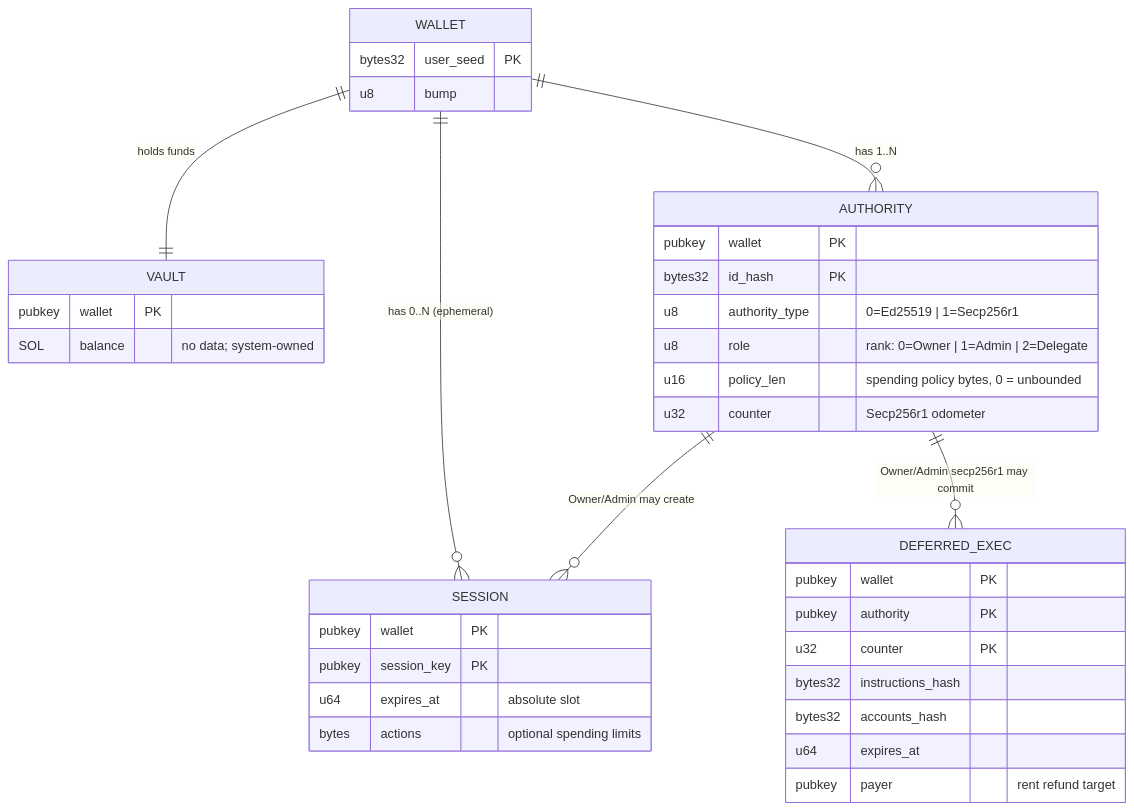
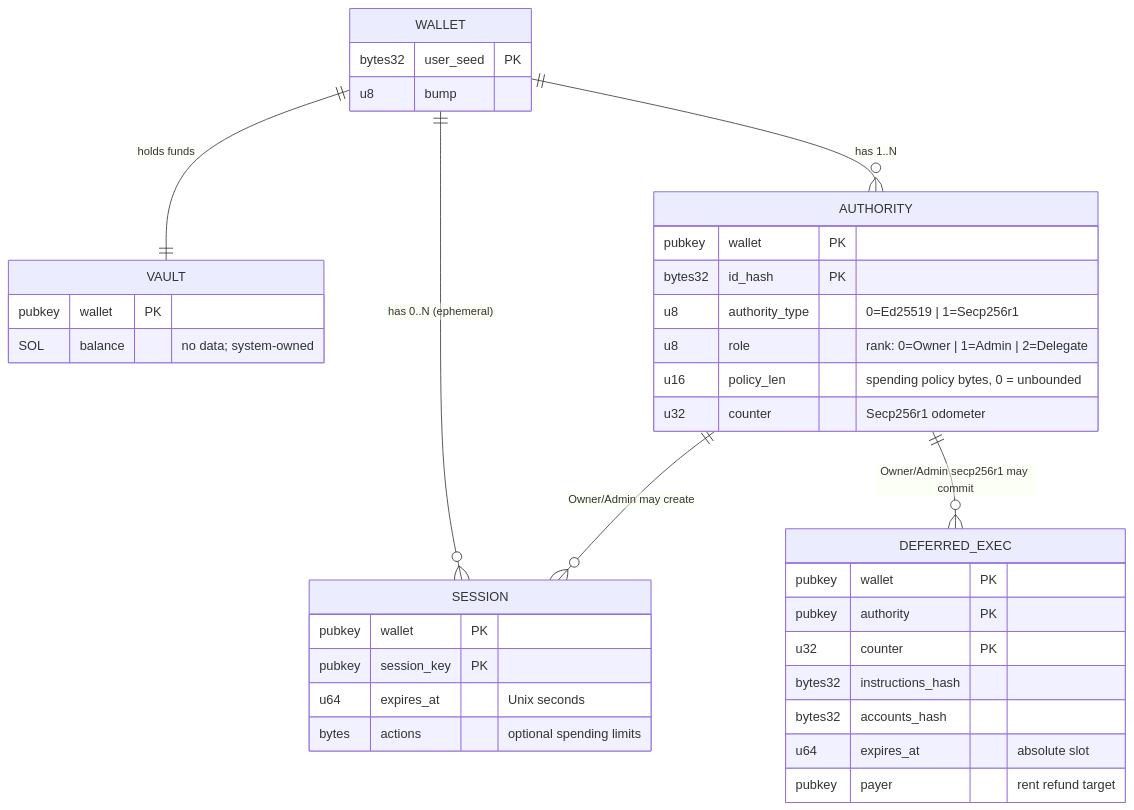
One commit to lazor-kit/lazorkit-protocol changed the second of 6 diagrams in docs/Architecture.md. Above: the diagram before and after it, drawn with Mermaid. The commit also changed other lines of this file and 71 other files, not shown here.

First line of the commit message:
feat: measure session expiry and policy windows in Unix seconds

````diff
--- a/docs/Architecture.md
+++ b/docs/Architecture.md
@@ -45,40 +45,40 @@
 ```mermaid
 erDiagram
     WALLET ||--|| VAULT : "holds funds"
     WALLET ||--o{ AUTHORITY : "has 1..N"
     WALLET ||--o{ SESSION : "has 0..N (ephemeral)"
     AUTHORITY ||--o{ SESSION : "Owner/Admin may create"
     AUTHORITY ||--o{ DEFERRED_EXEC : "Owner/Admin secp256r1 may commit"
 
     WALLET {
         bytes32 user_seed PK
         u8 bump
     }
     VAULT {
         pubkey wallet PK
         SOL balance "no data; system-owned"
     }
     AUTHORITY {
         pubkey wallet PK
         bytes32 id_hash PK
         u8 authority_type "0=Ed25519 | 1=Secp256r1"
         u8 role "rank: 0=Owner | 1=Admin | 2=Delegate"
         u16 policy_len "spending policy bytes, 0 = unbounded"
         u32 counter "Secp256r1 odometer"
     }
     SESSION {
         pubkey wallet PK
         pubkey session_key PK
-        u64 expires_at "absolute slot"
+        u64 expires_at "Unix seconds"
         bytes actions "optional spending limits"
     }
     DEFERRED_EXEC {
         pubkey wallet PK
         pubkey authority PK
         u32 counter PK
         bytes32 instructions_hash
         bytes32 accounts_hash
-        u64 expires_at
+        u64 expires_at "absolute slot"
         pubkey payer "rent refund target"
     }
 ```
````
